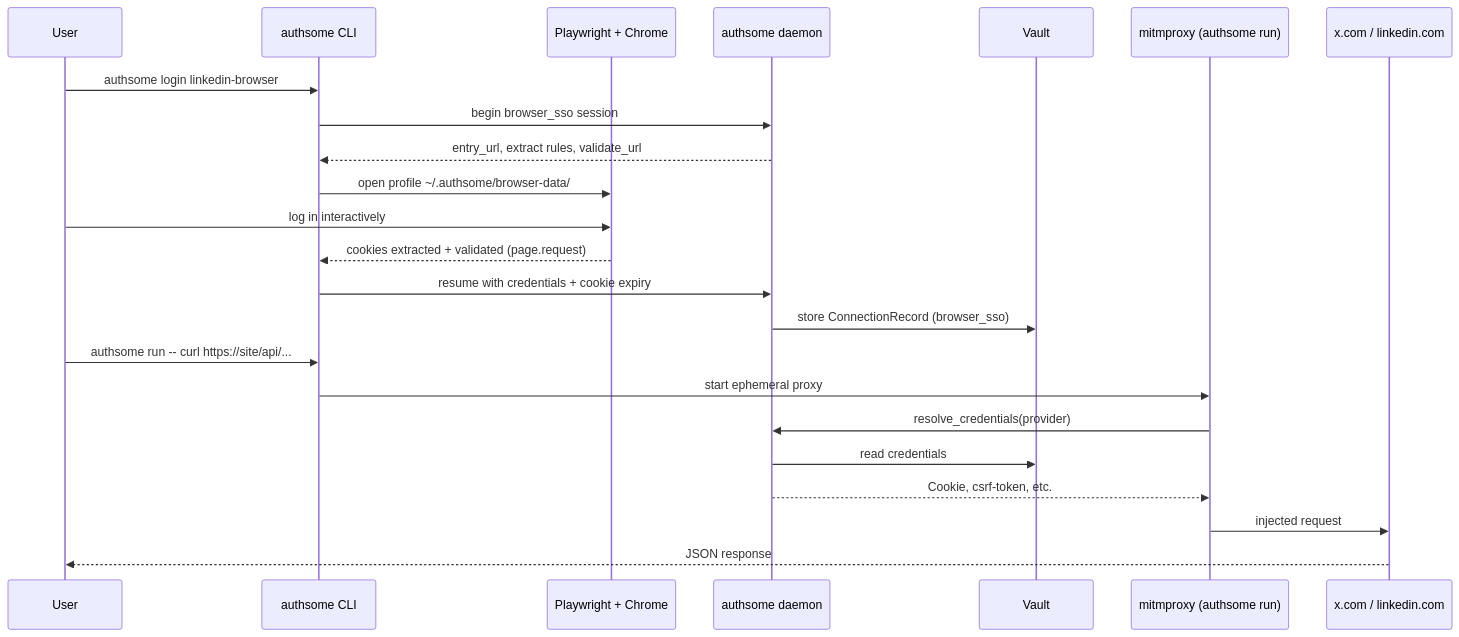
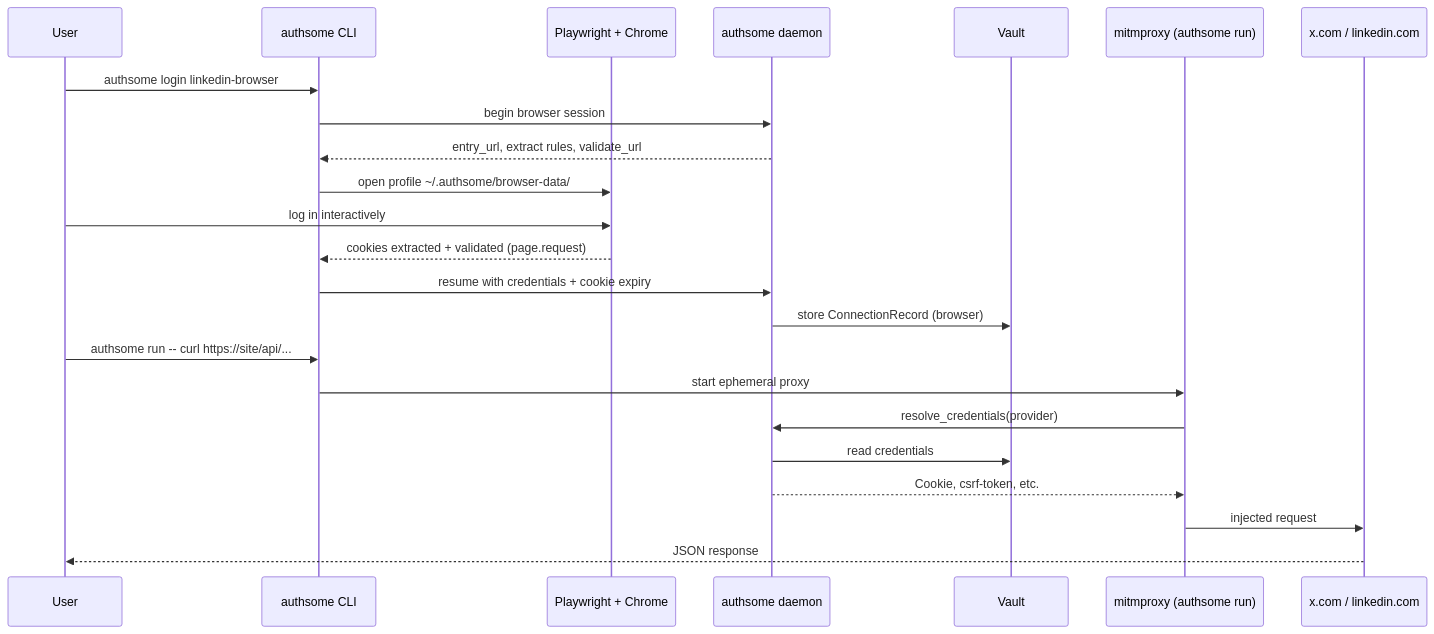
One commit to agentrhq/authsome changed the diagram in docs/internal/browser-sso-review-guide.md. Above: the diagram before and after it, drawn with Mermaid. The commit also changed other lines of this file and 14 other files, not shown here.

Commit message:
fix: refactored browser_sso to browser

````diff
--- a/docs/internal/browser-sso-review-guide.md
+++ b/docs/internal/browser-sso-review-guide.md
@@ -33,27 +33,27 @@
 ```mermaid
 sequenceDiagram
     participant User
     participant CLI as authsome CLI
     participant Browser as Playwright + Chrome
     participant Daemon as authsome daemon
     participant Vault
     participant Proxy as mitmproxy (authsome run)
     participant Site as x.com / linkedin.com
 
     User->>CLI: authsome login linkedin-browser
-    CLI->>Daemon: begin browser_sso session
+    CLI->>Daemon: begin browser session
     Daemon-->>CLI: entry_url, extract rules, validate_url
     CLI->>Browser: open profile ~/.authsome/browser-data/
     User->>Browser: log in interactively
     Browser-->>CLI: cookies extracted + validated (page.request)
     CLI->>Daemon: resume with credentials + cookie expiry
-    Daemon->>Vault: store ConnectionRecord (browser_sso)
+    Daemon->>Vault: store ConnectionRecord (browser)
 
     User->>CLI: authsome run -- curl https://site/api/...
     CLI->>Proxy: start ephemeral proxy
     Proxy->>Daemon: resolve_credentials(provider)
     Daemon->>Vault: read credentials
     Daemon-->>Proxy: Cookie, csrf-token, etc.
     Proxy->>Site: injected request
     Site-->>User: JSON response
 ```
````
